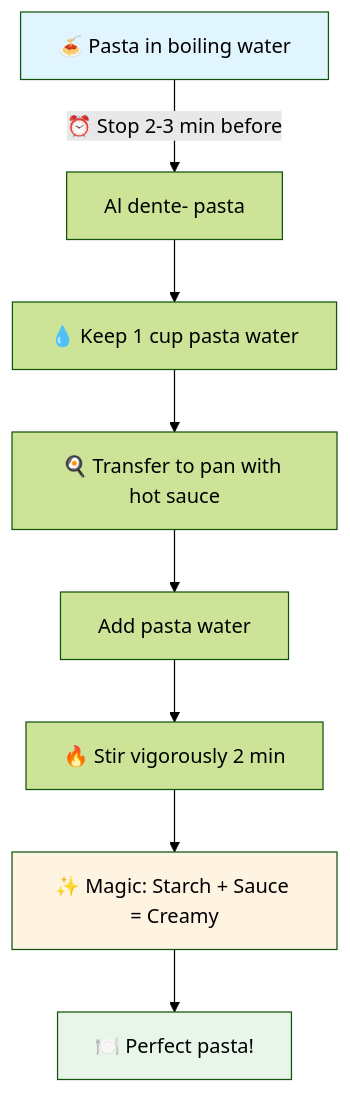
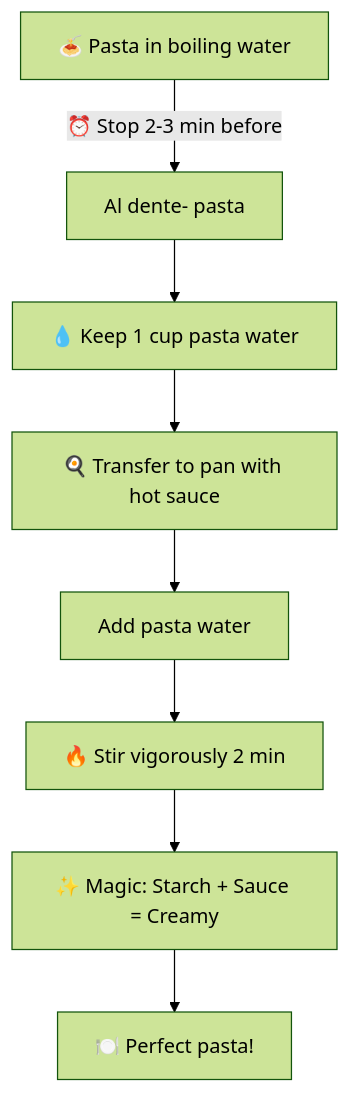
One commit to JeremieAlcaraz/today-i-learned changed the diagram in cooking/pasta-mantecatura.md. Above: the diagram before and after it, drawn with Mermaid (forest theme).

Commit message:
Remove background colors from Mermaid diagram
🤖 Generated with [Claude Code](https://claude.com/claude-code)

````diff
--- a/cooking/pasta-mantecatura.md
+++ b/cooking/pasta-mantecatura.md
@@ -18,14 +18,10 @@
 ```mermaid
 graph TB
     A[🍝 Pasta in boiling water] -->|"⏰ Stop 2-3 min before"| B[Al dente- pasta]
     B --> C[💧 Keep 1 cup pasta water]
     C --> D[🍳 Transfer to pan with hot sauce]
     D --> E[Add pasta water]
     E --> F[🔥 Stir vigorously 2 min]
     F --> G[✨ Magic: Starch + Sauce = Creamy]
     G --> H[🍽️ Perfect pasta!]
-
-    style A fill:#e1f5ff
-    style G fill:#fff4e1
-    style H fill:#e8f5e9
 ```
````
